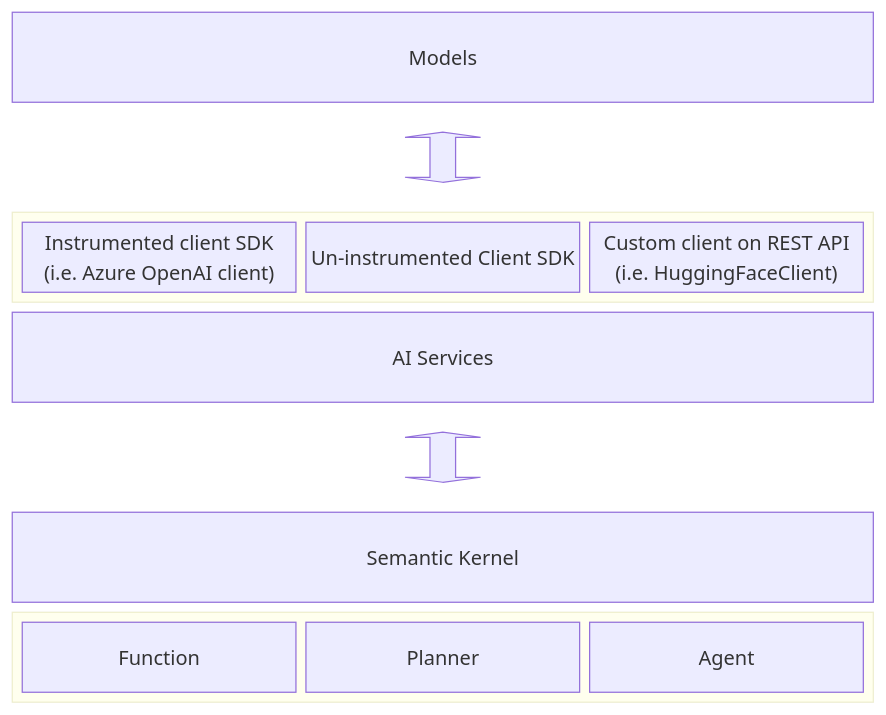
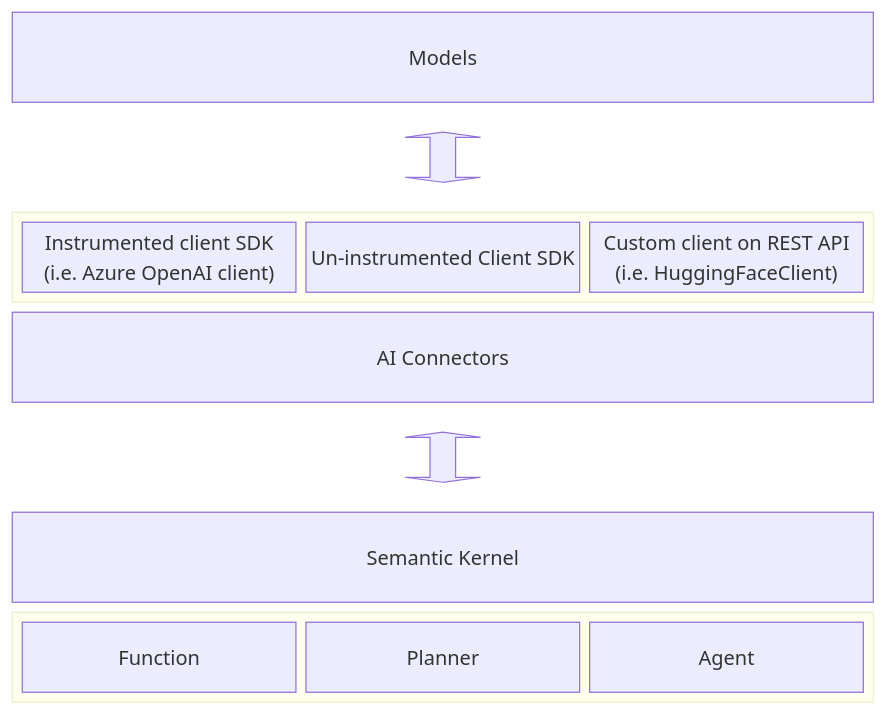
The diagram in docs/decisions/0044-OTel-semantic-convention.md (microsoft/semantic-kernel), drawn with Mermaid before and after one commit. The commit also changed other lines of this file and 5 other files, not shown here.

````diff
--- a/docs/decisions/0044-OTel-semantic-convention.md
+++ b/docs/decisions/0044-OTel-semantic-convention.md
@@ -56,20 +56,20 @@
 ```mermaid
 block-beta
 columns 1
     Models
     blockArrowId1<["&nbsp;&nbsp;&nbsp;"]>(y)
-    block:Connectors
+    block:Clients
         columns 3
         ConnectorTypeClientA["Instrumented client SDK<br>(i.e. Azure OpenAI client)"]
         ConnectorTypeClientB["Un-instrumented Client SDK"]
         ConnectorTypeClientC["Custom client on REST API<br>(i.e. HuggingFaceClient)"]
     end
-    Services["AI Services"]
+    Connectors["AI Connectors"]
     blockArrowId2<["&nbsp;&nbsp;&nbsp;"]>(y)
     SemanticKernel["Semantic Kernel"]
     block:Kernel
         Function
         Planner
         Agent
     end
 ```
````
